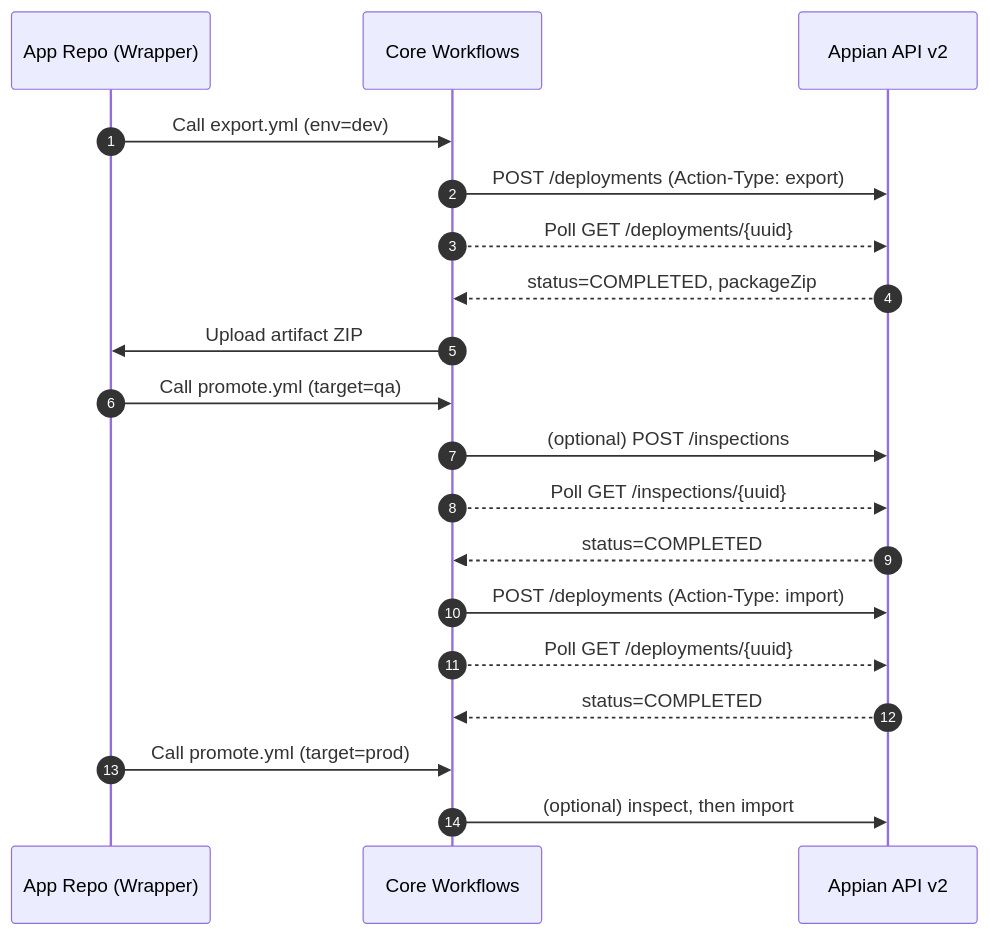
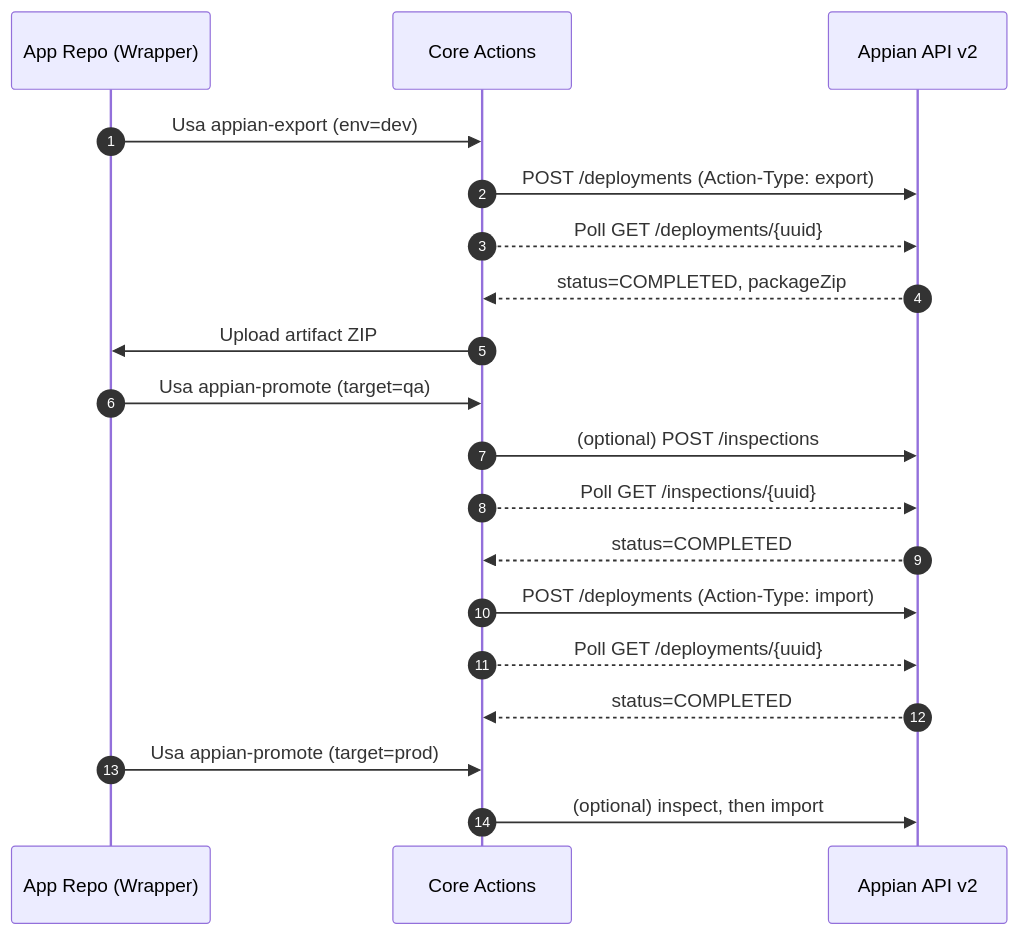
The first of 3 diagrams in docs/ARCHITECTURE.md (vrgroup-lab/appian-cicd-core), drawn with Mermaid before and after one commit. The commit also changed other lines of this file and 19 other files, not shown here.

````diff
--- a/docs/ARCHITECTURE.md
+++ b/docs/ARCHITECTURE.md
@@ -17,24 +17,24 @@
 ```mermaid
 sequenceDiagram
   autonumber
   participant AppRepo as App Repo (Wrapper)
-  participant CoreWF as Core Workflows
+  participant CoreActions as Core Actions
   participant Appian as Appian API v2
 
-  AppRepo->>CoreWF: Call export.yml (env=dev)
-  CoreWF->>Appian: POST /deployments (Action-Type: export)
-  CoreWF-->>Appian: Poll GET /deployments/{uuid}
-  Appian-->>CoreWF: status=COMPLETED, packageZip
-  CoreWF->>AppRepo: Upload artifact ZIP
+  AppRepo->>CoreActions: Usa appian-export (env=dev)
+  CoreActions->>Appian: POST /deployments (Action-Type: export)
+  CoreActions-->>Appian: Poll GET /deployments/{uuid}
+  Appian-->>CoreActions: status=COMPLETED, packageZip
+  CoreActions->>AppRepo: Upload artifact ZIP
 
-  AppRepo->>CoreWF: Call promote.yml (target=qa)
-  CoreWF->>Appian: (optional) POST /inspections
-  CoreWF-->>Appian: Poll GET /inspections/{uuid}
-  Appian-->>CoreWF: status=COMPLETED
-  CoreWF->>Appian: POST /deployments (Action-Type: import)
-  CoreWF-->>Appian: Poll GET /deployments/{uuid}
-  Appian-->>CoreWF: status=COMPLETED
+  AppRepo->>CoreActions: Usa appian-promote (target=qa)
+  CoreActions->>Appian: (optional) POST /inspections
+  CoreActions-->>Appian: Poll GET /inspections/{uuid}
+  Appian-->>CoreActions: status=COMPLETED
+  CoreActions->>Appian: POST /deployments (Action-Type: import)
+  CoreActions-->>Appian: Poll GET /deployments/{uuid}
+  Appian-->>CoreActions: status=COMPLETED
 
-  AppRepo->>CoreWF: Call promote.yml (target=prod)
-  CoreWF->>Appian: (optional) inspect, then import
+  AppRepo->>CoreActions: Usa appian-promote (target=prod)
+  CoreActions->>Appian: (optional) inspect, then import
 ```
````
